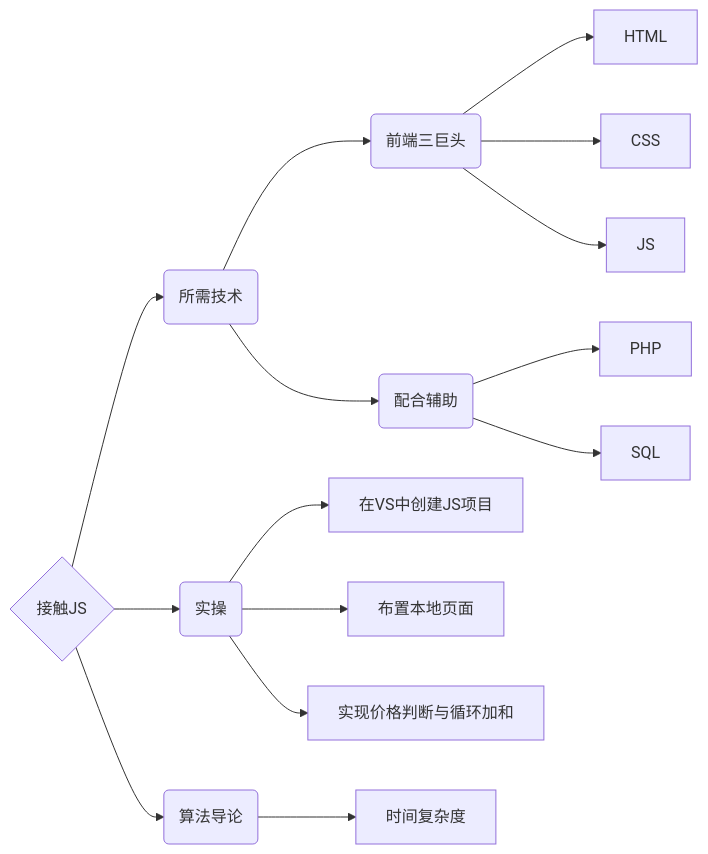
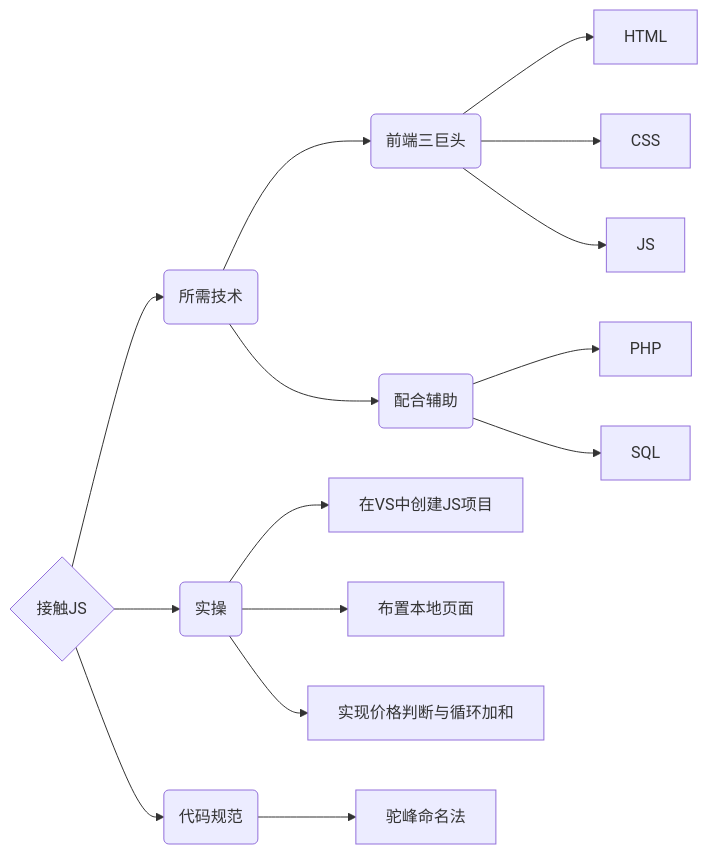
Before and after one commit to AngleOldPig/ZangZang-s-Coding-Course: the second of 2 diagrams in README.md, drawn with Mermaid. The commit also changed other lines of this file and 2 other files, not shown here.

Commit message:
update L2

````diff
--- a/README.md
+++ b/README.md
@@ -74,17 +74,17 @@
 ```mermaid
 graph LR
 A{接触JS} --> B(所需技术)
         B --> C(前端三巨头)
         C --> D[HTML]
         C --> E[CSS]
         C --> F[JS]
         B --> G(配合辅助)
         G --> H[PHP]
         G --> I[SQL]
         A --> J(实操)
         J --> K[在VS中创建JS项目]
         J --> L[布置本地页面]
         J --> M[实现价格判断与循环加和]
-        A --> N(算法导论)
-        N --> O[时间复杂度]
+        A --> N(代码规范)
+        N --> O[驼峰命名法]
 ```
````
